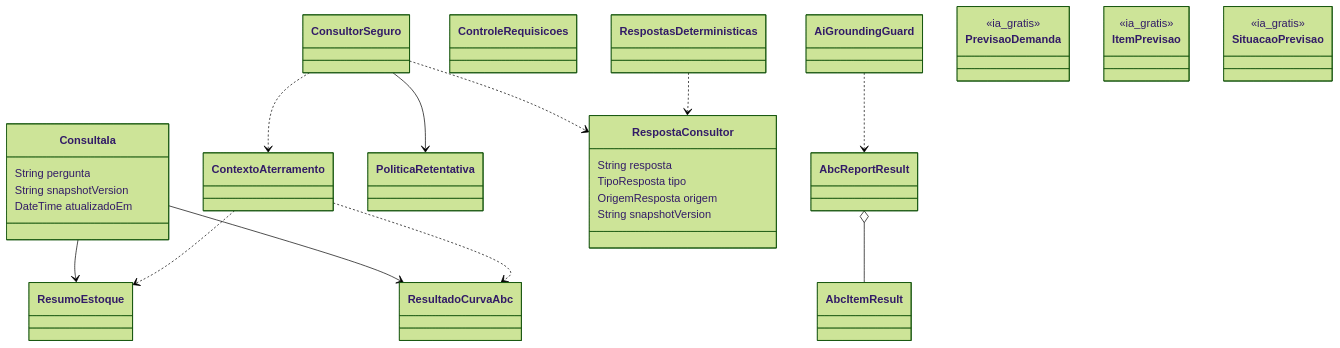
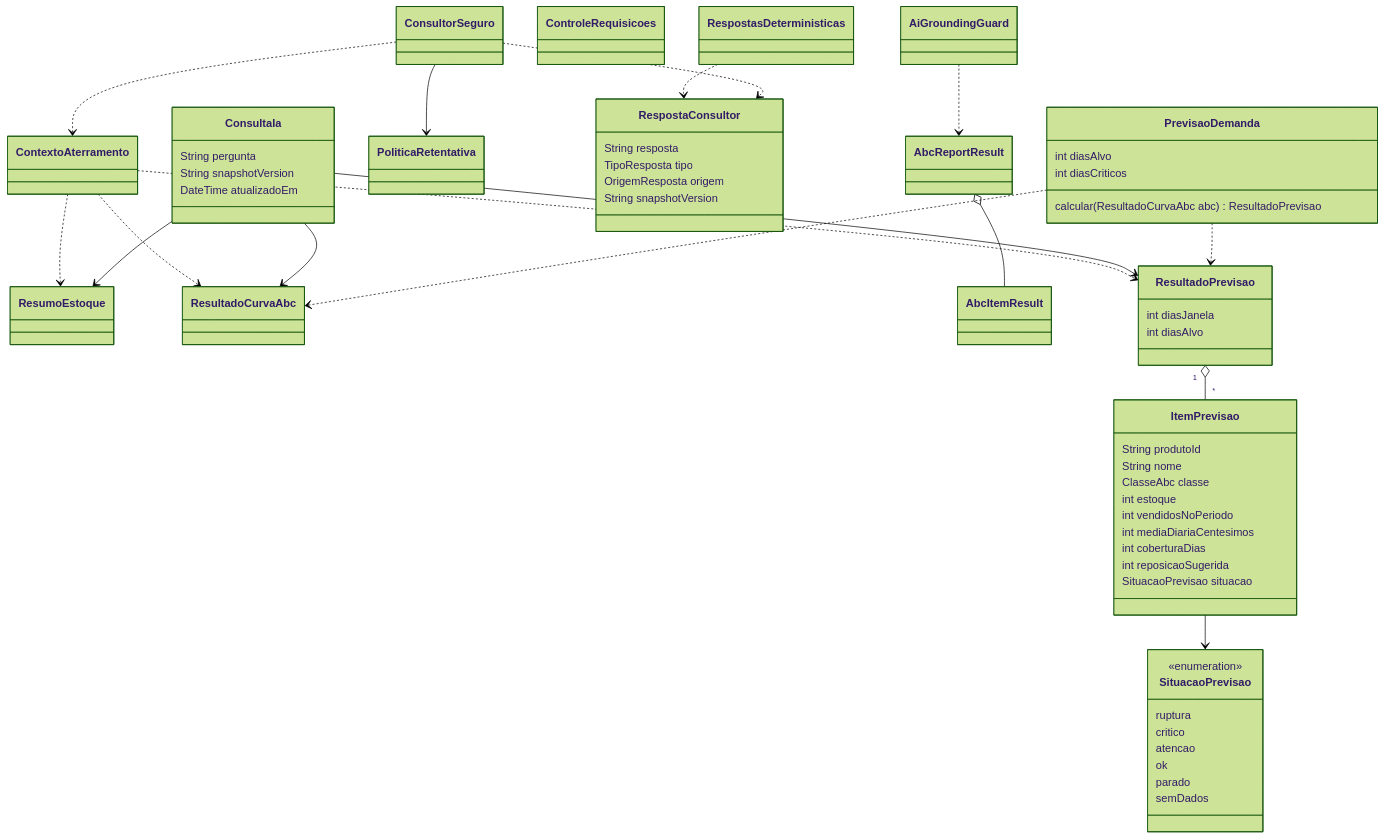
Before and after one commit to yago-silva-ads/app-cic: the second of 2 diagrams in docs/arquitetura/classes-dominio.md, drawn with Mermaid (forest theme). The commit also changed other lines of this file and 6 other files, not shown here.

````diff
--- a/docs/arquitetura/classes-dominio.md
+++ b/docs/arquitetura/classes-dominio.md
@@ -120,43 +120,69 @@
 ```mermaid
 classDiagram
     class ConsultaIa {
         String pergunta
         String snapshotVersion
         DateTime atualizadoEm
     }
     class ContextoAterramento
     class ConsultorSeguro
     class PoliticaRetentativa
     class ControleRequisicoes
     class RespostasDeterministicas
     class RespostaConsultor {
         String resposta
         TipoResposta tipo
         OrigemResposta origem
         String snapshotVersion
     }
     class ResumoEstoque
     class ResultadoCurvaAbc
     class AiGroundingGuard
     class AbcReportResult
     class AbcItemResult
     class PrevisaoDemanda {
-        <<ia_gratis>>
+        int diasAlvo
+        int diasCriticos
+        calcular(ResultadoCurvaAbc abc) ResultadoPrevisao
+    }
+    class ResultadoPrevisao {
+        int diasJanela
+        int diasAlvo
     }
     class ItemPrevisao {
-        <<ia_gratis>>
+        String produtoId
+        String nome
+        ClasseAbc classe
+        int estoque
+        int vendidosNoPeriodo
+        int mediaDiariaCentesimos
+        int coberturaDias
+        int reposicaoSugerida
+        SituacaoPrevisao situacao
     }
     class SituacaoPrevisao {
-        <<ia_gratis>>
+        <<enumeration>>
+        ruptura
+        critico
+        atencao
+        ok
+        parado
+        semDados
     }
+    PrevisaoDemanda ..> ResultadoCurvaAbc
+    PrevisaoDemanda ..> ResultadoPrevisao
+    ResultadoPrevisao "1" o-- "*" ItemPrevisao
+    ItemPrevisao --> SituacaoPrevisao
+    ConsultaIa --> ResultadoPrevisao
+    ContextoAterramento ..> ResultadoPrevisao
     ConsultaIa --> ResumoEstoque
     ConsultaIa --> ResultadoCurvaAbc
     ContextoAterramento ..> ResumoEstoque
     ContextoAterramento ..> ResultadoCurvaAbc
     ConsultorSeguro --> PoliticaRetentativa
     ConsultorSeguro ..> ContextoAterramento
     ConsultorSeguro ..> RespostaConsultor
     RespostasDeterministicas ..> RespostaConsultor
     AiGroundingGuard ..> AbcReportResult
     AbcReportResult o-- AbcItemResult
 ```
````
